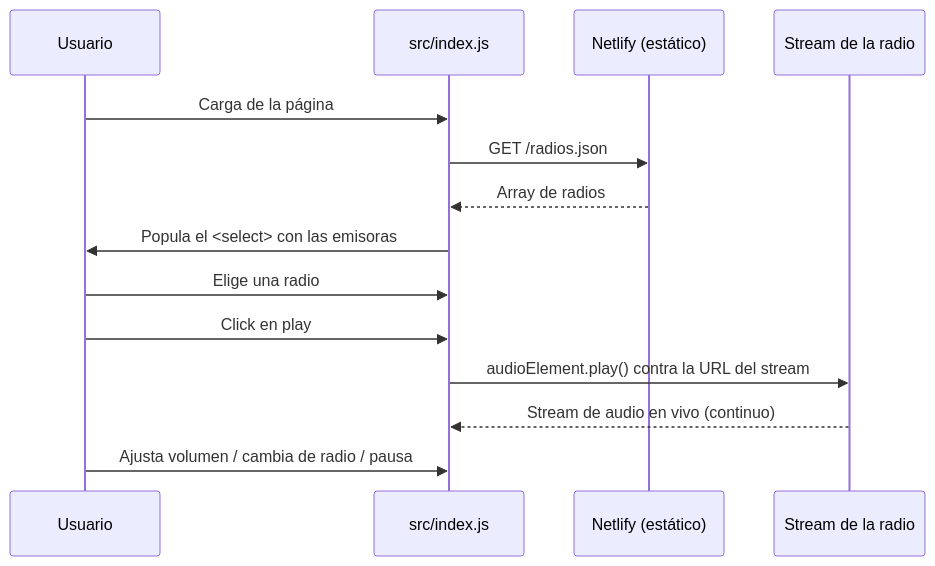
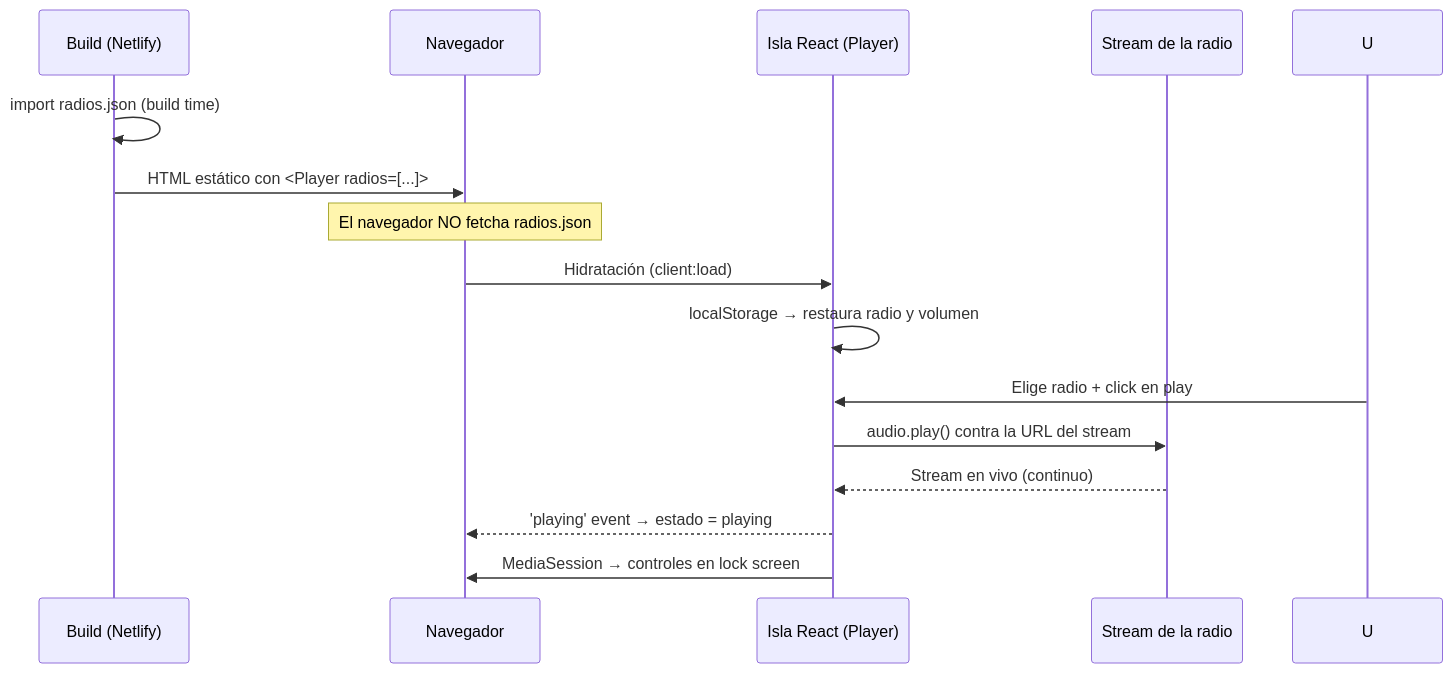
The first of 3 diagrams in ARCHITECTURE.md (jcmembrilla/radios-argentinas), drawn with Mermaid before and after one commit. The commit also changed other lines of this file and 30 other files, not shown here.

````diff
--- a/ARCHITECTURE.md
+++ b/ARCHITECTURE.md
@@ -77,17 +97,20 @@
 ```mermaid
 sequenceDiagram
-    participant U as Usuario
-    participant JS as src/index.js
-    participant CDN as Netlify (estático)
+    participant Build as Build (Netlify)
+    participant B as Navegador
+    participant R as Isla React (Player)
     participant ST as Stream de la radio
 
-    U->>JS: Carga de la página
-    JS->>CDN: GET /radios.json
-    CDN-->>JS: Array de radios
-    JS->>U: Popula el <select> con las emisoras
-    U->>JS: Elige una radio
-    U->>JS: Click en play
-    JS->>ST: audioElement.play() contra la URL del stream
-    ST-->>JS: Stream de audio en vivo (continuo)
-    U->>JS: Ajusta volumen / cambia de radio / pausa
+    Build->>Build: import radios.json (build time)
+    Build->>B: HTML estático con <Player radios=[...]>
+
+    Note over B: El navegador NO fetcha radios.json
+
+    B->>R: Hidratación (client:load)
+    R->>R: localStorage → restaura radio y volumen
+    U->>R: Elige radio + click en play
+    R->>ST: audio.play() contra la URL del stream
+    ST-->>R: Stream en vivo (continuo)
+    R-->>B: 'playing' event → estado = playing
+    R->>B: MediaSession → controles en lock screen
 ```
````
